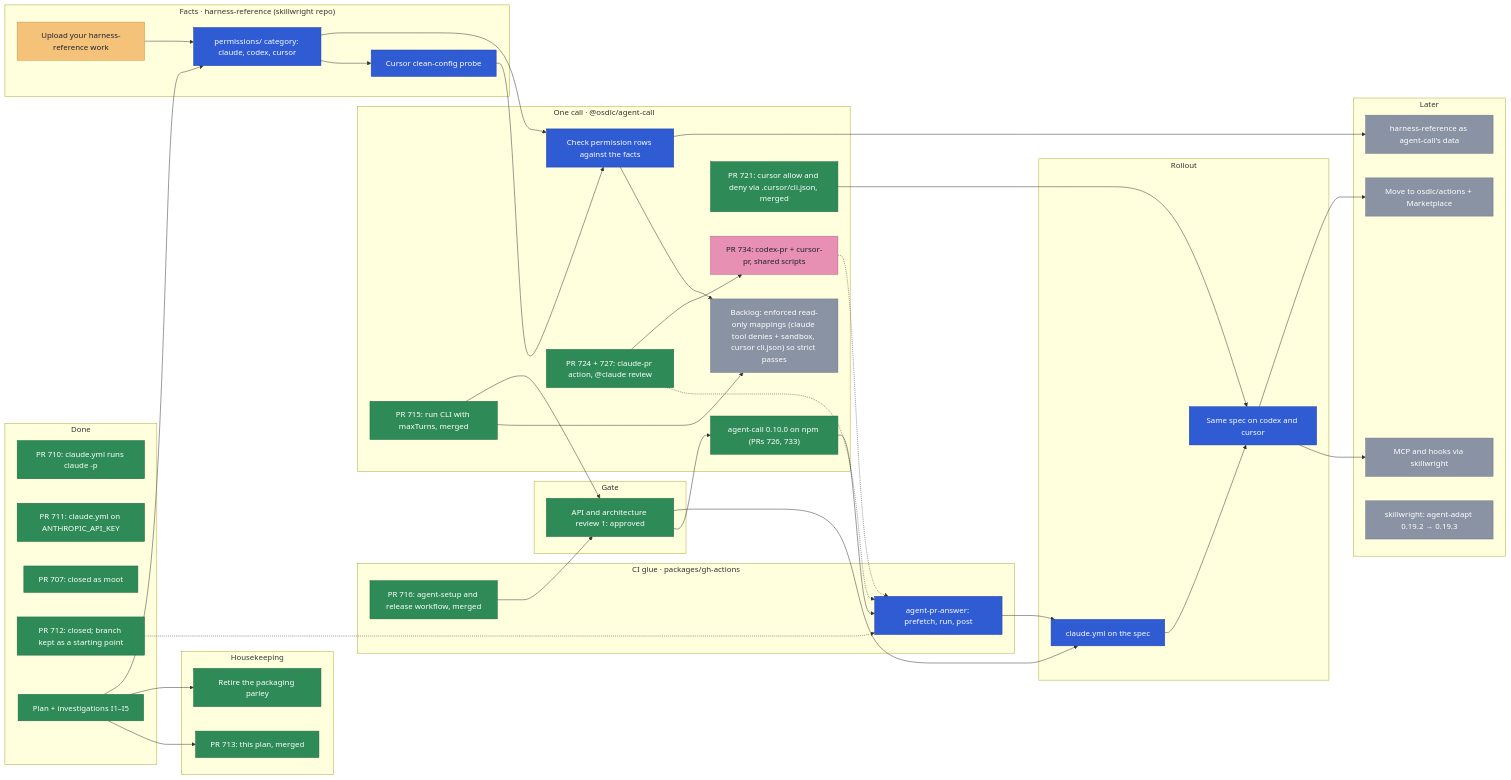
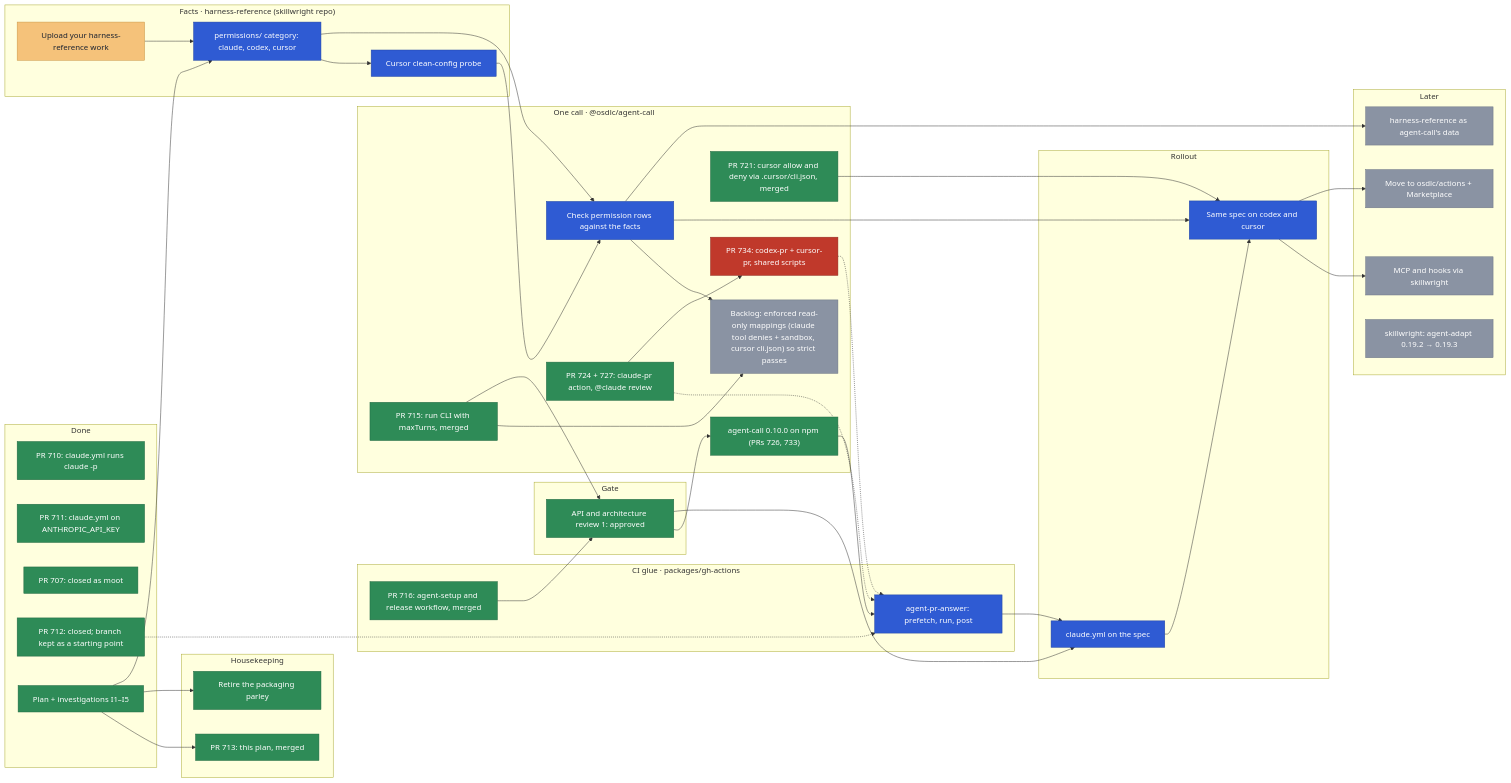
The diagram in docs/planning/agent-ci.md (osdlc/osdlc), drawn with Mermaid before and after one commit. The commit also changed other lines of this file, not shown here.

Commit message:
docs(planning): permission check gates codex/cursor rollout; PR 734 conflict resolved

```diff
--- a/docs/planning/agent-ci.md
+++ b/docs/planning/agent-ci.md
@@ -99,6 +99,7 @@
   ANS --> SPEC
   SPEC --> MULTI
   CUR --> MULTI
+  CHECK --> MULTI
   REV -.-> ANS
   REV --> HPR
   HPR -.-> ANS
@@ -119,7 +120,7 @@
   class UP yours
   class SETUP done
   class REV done
-  class HPR external
+  class HPR blocked
   class PERM,PROBE,CHECK,ANS,SPEC,MULTI next
   class REL done
   class CUR done
```
